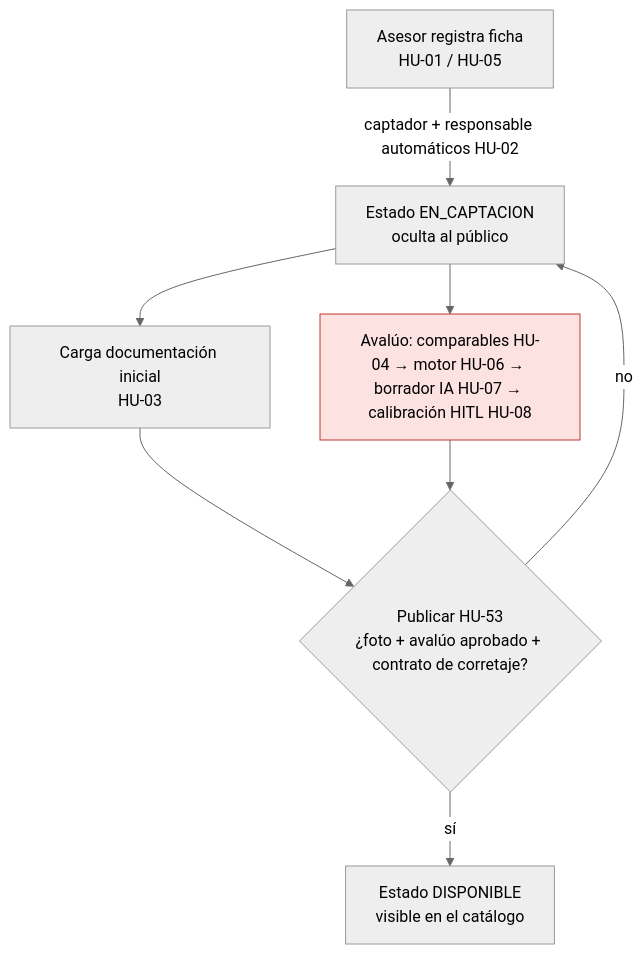
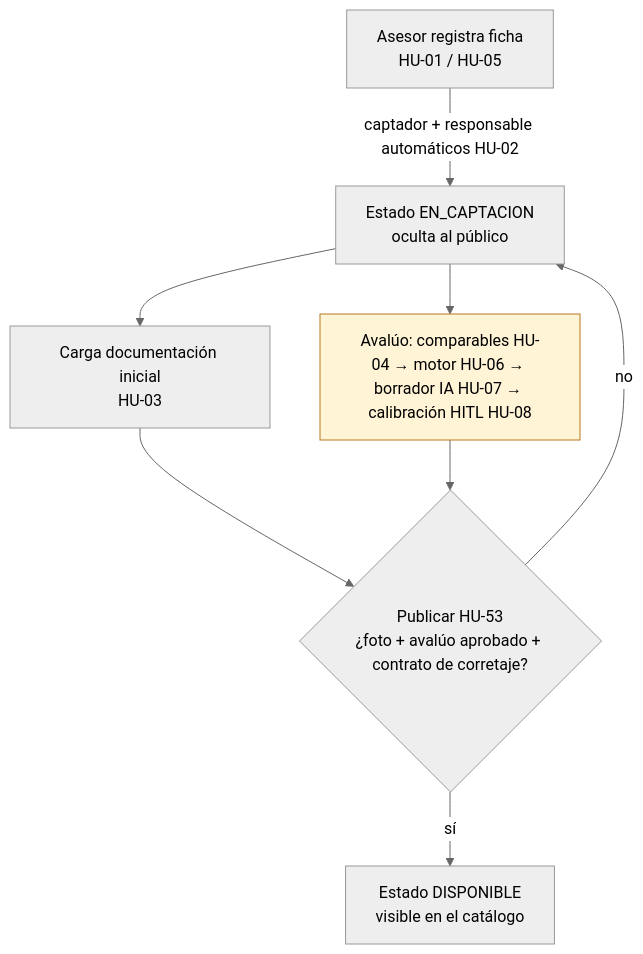
One commit to P4bl1t0ck/Urbanex changed the diagram in docs/handoff/URBANEX_ESTADO_PROCESOS.md. Above: the diagram before and after it, drawn with Mermaid (neutral theme). The commit also changed other lines of this file and 6 other files, not shown here.

````diff
--- a/docs/handoff/URBANEX_ESTADO_PROCESOS.md
+++ b/docs/handoff/URBANEX_ESTADO_PROCESOS.md
@@ -60,12 +61,13 @@
 ```mermaid
 flowchart TD
   A[Asesor registra ficha<br/>HU-01 / HU-05] -->|captador + responsable automáticos HU-02| B[Estado EN_CAPTACION<br/>oculta al público]
   B --> C[Carga documentación inicial<br/>HU-03]
   B --> D[Avalúo: comparables HU-04 → motor HU-06 → borrador IA HU-07 → calibración HITL HU-08]
   C --> E{Publicar HU-53<br/>¿foto + avalúo aprobado + contrato de corretaje?}
   D --> E
   E -->|sí| F[Estado DISPONIBLE<br/>visible en el catálogo]
   E -->|no| B
   classDef gap fill:#fde2e2,stroke:#c0392b;
-  class D gap;
+  classDef partial fill:#fff4d6,stroke:#b7791f;
+  class D partial;
 ```
````
